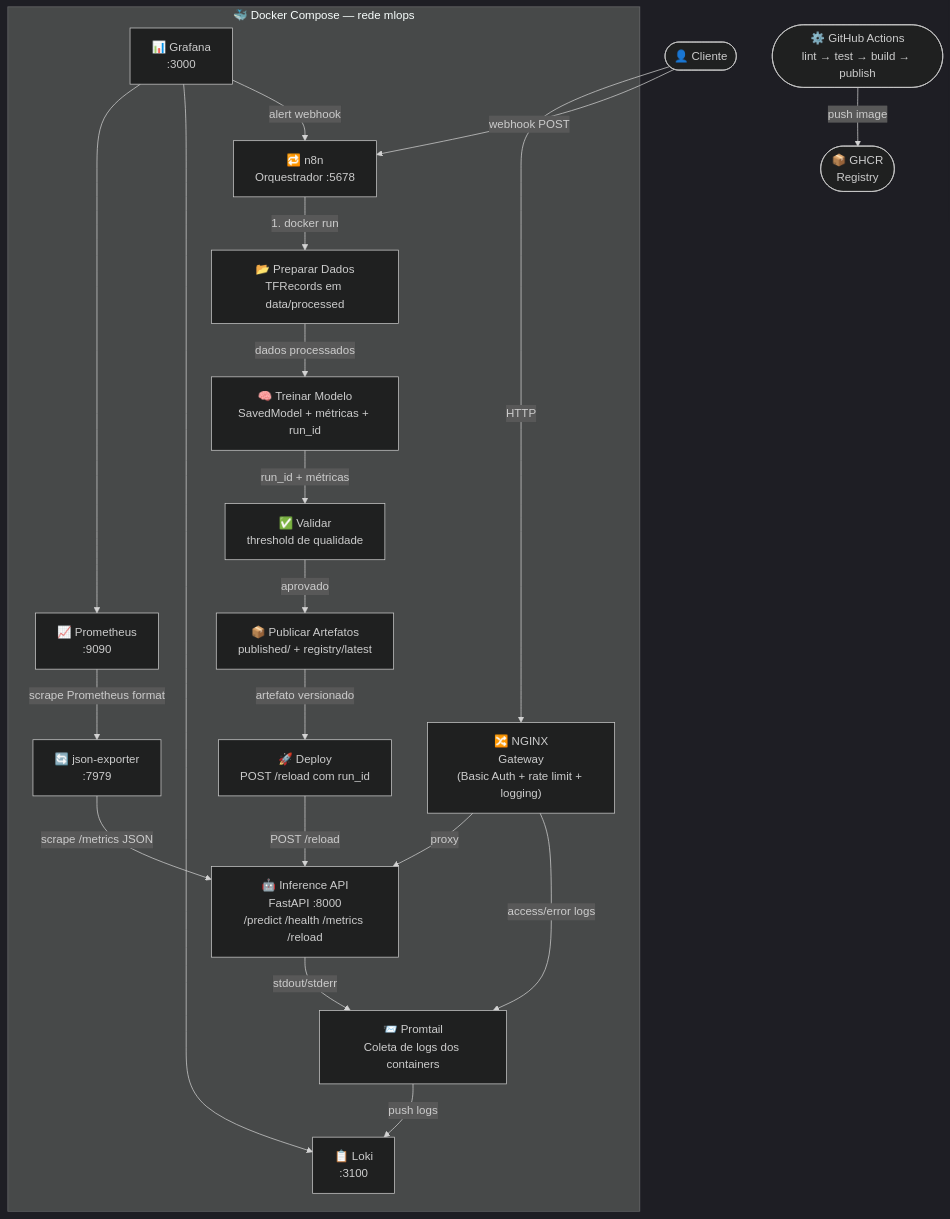
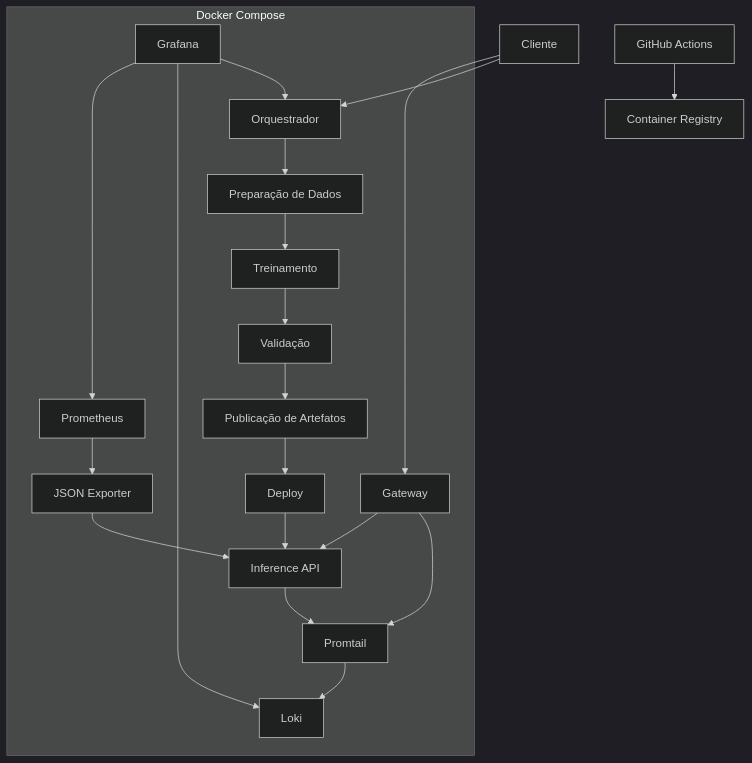
The diagram in README.md (saviorgomes/mlops-challenge-handtalk), drawn with Mermaid (dark theme) before and after one commit.

Commit message:
docs: refina README v3

````diff
--- a/README.md
+++ b/README.md
@@ -229,41 +229,41 @@
 ```mermaid
 flowchart TD
-    Client(["👤 Cliente"])
-    GHA(["⚙️ GitHub Actions\nlint → test → build → publish"])
-    GHCR(["📦 GHCR\nRegistry"])
+    Client["Cliente"]
+    GHA["GitHub Actions"]
+    GHCR["Container Registry"]
 
-    subgraph Docker Compose ["🐳 Docker Compose — rede mlops"]
-        Nginx["🔀 NGINX\nGateway\n(Basic Auth + rate limit + logging)"]
-        API["🤖 Inference API\nFastAPI :8000\n/predict /health /metrics /reload"]
-        N8N["🔁 n8n\nOrquestrador :5678"]
-        Prepare["📂 Preparar Dados\nTFRecords em data/processed"]
-        Train["🧠 Treinar Modelo\nSavedModel + métricas + run_id"]
-        Validate["✅ Validar\nthreshold de qualidade"]
-        Publish["📦 Publicar Artefatos\npublished/<run_id> + registry/latest"]
-        Deploy["🚀 Deploy\nPOST /reload com run_id"]
-        Prometheus["📈 Prometheus\n:9090"]
-        JsonExporter["🔄 json-exporter\n:7979"]
-        Grafana["📊 Grafana\n:3000"]
-        Loki["📋 Loki\n:3100"]
-        Promtail["📨 Promtail\nColeta de logs dos containers"]
+    subgraph Compose["Docker Compose"]
+        Nginx["Gateway"]
+        API["Inference API"]
+        N8N["Orquestrador"]
+        Prepare["Preparação de Dados"]
+        Train["Treinamento"]
+        Validate["Validação"]
+        Publish["Publicação de Artefatos"]
+        Deploy["Deploy"]
+        Prometheus["Prometheus"]
+        JsonExporter["JSON Exporter"]
+        Grafana["Grafana"]
+        Loki["Loki"]
+        Promtail["Promtail"]
     end
 
-    Client -->|"HTTP"| Nginx
-    Nginx -->|"proxy"| API
-    Client -->|"webhook POST"| N8N
-    N8N -->|"1. docker run"| Prepare
-    Prepare -->|"dados processados"| Train
-    Train -->|"run_id + métricas"| Validate
-    Validate -->|"aprovado"| Publish
-    Publish -->|"artefato versionado"| Deploy
-    Deploy -->|"POST /reload"| API
-    JsonExporter -->|"scrape /metrics JSON"| API
-    Prometheus -->|"scrape Prometheus format"| JsonExporter
+    Client --> Nginx
+    Nginx --> API
+    Client --> N8N
+    N8N --> Prepare
+    Prepare --> Train
+    Train --> Validate
+    Validate --> Publish
+    Publish --> Deploy
+    Deploy --> API
+    JsonExporter --> API
+    Prometheus --> JsonExporter
     Grafana --> Prometheus
     Grafana --> Loki
-    Grafana -->|"alert webhook"| N8N
-    API -->|"stdout/stderr"| Promtail
-    Nginx -->|"access/error logs"| Promtail
-    Promtail -->|"push logs"| Loki
-    GHA -->|"push image"| GHCR
+    API --> Promtail
+    Nginx --> Promtail
+    Promtail --> Loki
+    Grafana --> N8N
+    GHA --> GHCR
 ```
````
